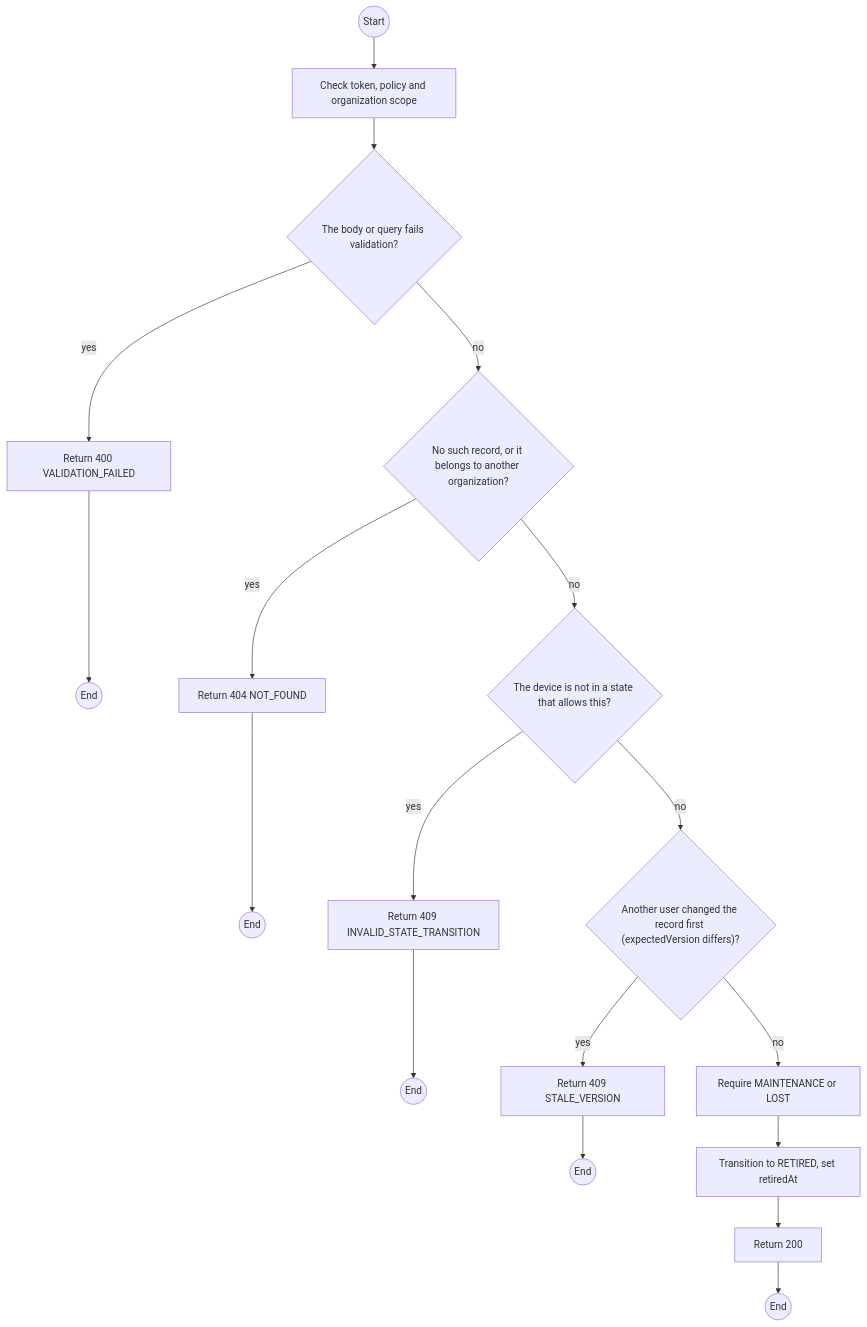
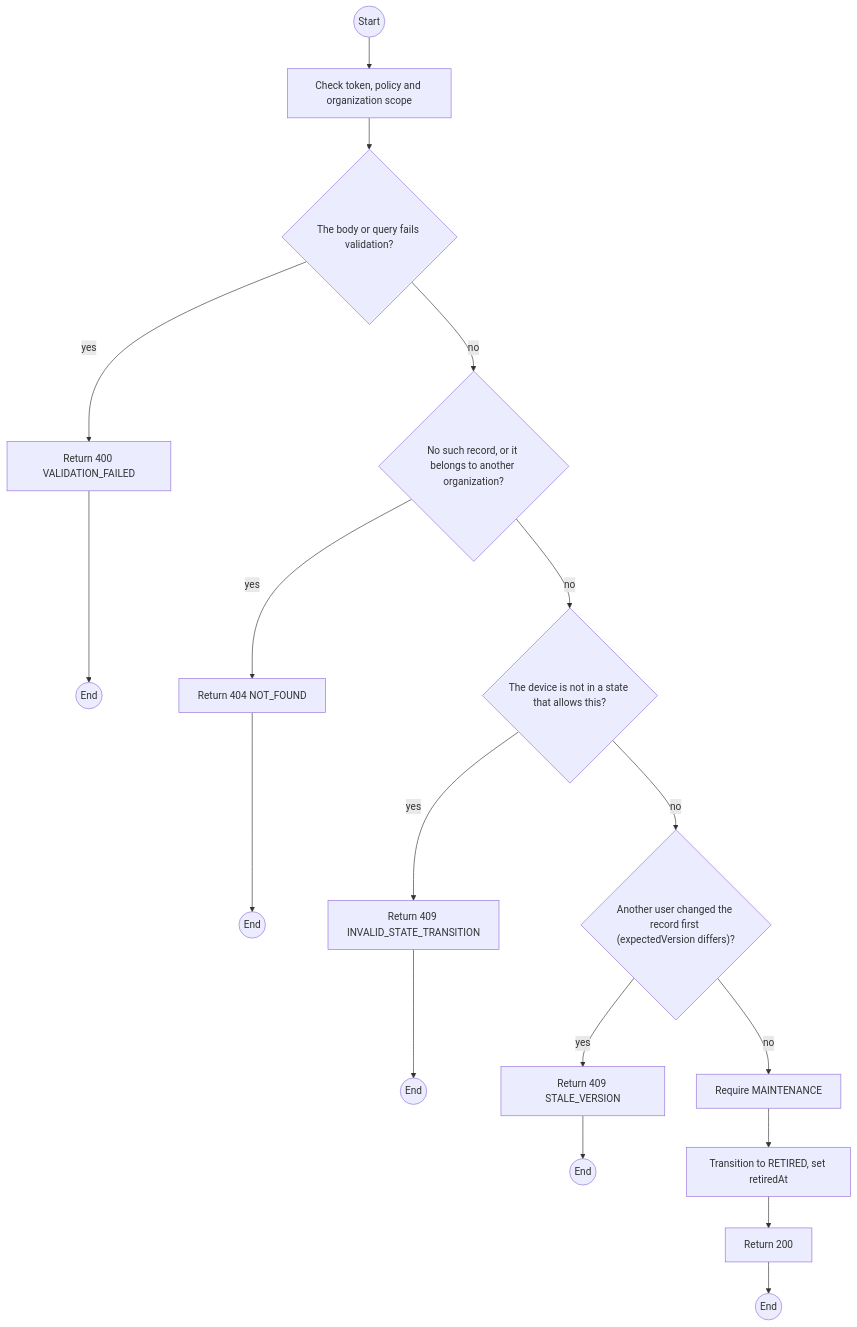
Before and after one commit to TrekLink-Team/treklink-web: the first of 2 diagrams in specs/devices/api-design/13-post-devices-id-retire.md, drawn with Mermaid. The commit also changed other lines of this file and 39 other files, not shown here.

````diff
--- a/specs/devices/api-design/13-post-devices-id-retire.md
+++ b/specs/devices/api-design/13-post-devices-id-retire.md
@@ -187,33 +187,33 @@
 ```mermaid
 flowchart TB
     S((Start))
     A0["Check token, policy and organization scope"]
     S --> A0
     D1{"The body or query fails validation?"}
     A0 --> D1
     E1["Return 400 VALIDATION_FAILED"]
     D1 -->|yes| E1
     E1 --> X1((End))
     D2{"No such record, or it belongs to another organization?"}
     D1 -->|no| D2
     E2["Return 404 NOT_FOUND"]
     D2 -->|yes| E2
     E2 --> X2((End))
     D3{"The device is not in a state that allows this?"}
     D2 -->|no| D3
     E3["Return 409 INVALID_STATE_TRANSITION"]
     D3 -->|yes| E3
     E3 --> X3((End))
     D4{"Another user changed the record first (expectedVersion differs)?"}
     D3 -->|no| D4
     E4["Return 409 STALE_VERSION"]
     D4 -->|yes| E4
     E4 --> X4((End))
-    P0["Require MAINTENANCE or LOST"]
+    P0["Require MAINTENANCE"]
     D4 -->|no| P0
     P1["Transition to RETIRED, set retiredAt"]
     P0 --> P1
     OK["Return 200"]
     P1 --> OK
     OK --> Z((End))
 ```
````
